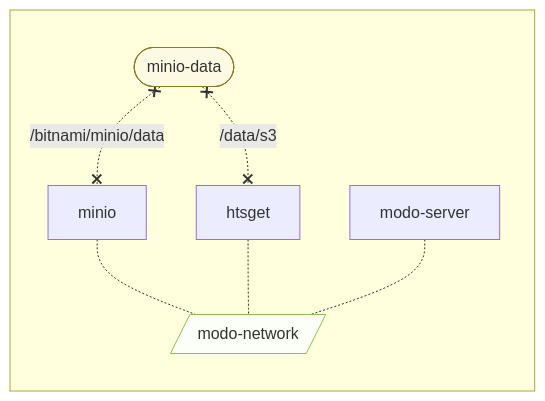
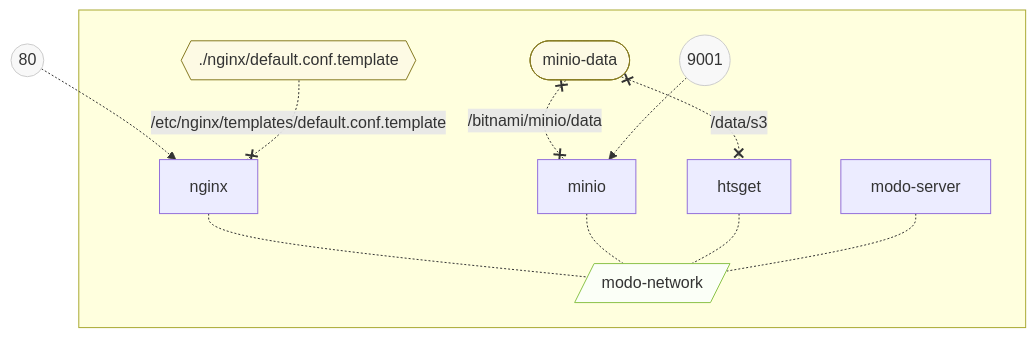
The diagram in deploy/README.md (sdsc-ordes/smoc-api), drawn with Mermaid before and after one commit. The commit also changed other lines of this file, not shown here.

Commit message:
docs(deploy): update readme with nginx setup

````diff
--- a/deploy/README.md
+++ b/deploy/README.md
@@ -21,17 +23,22 @@
 ```mermaid
-
-%%{init: {'theme': 'default'}}%%
-flowchart LR
+flowchart TB
+P0((80)) -.-> nginx
 subgraph " "
+  Vnginxdefaultconftemplate{{./nginx/default.conf.template}} -. "/etc/nginx/templates/default.conf.template" .-x nginx
   Vminiodata([minio-data]) x-. /bitnami/minio/data .-x minio
   Vminiodata x-. /data/s3 .-x htsget
-  minio -.- modonetwork[/modo-network/]
+  P1((9001)) -.-> minio
+  nginx -.- modonetwork[/modo-network/]
+  minio -.- modonetwork
   htsget -.- modonetwork
   modoserver[modo-server] -.- modonetwork
 
   classDef volumes fill:#fdfae4,stroke:#867a22
-  class Vminiodata,Vminiodata volumes
+  class Vnginxdefaultconftemplate,Vminiodata,Vminiodata volumes
+  classDef ports fill:#f8f8f8,stroke:#ccc
+  class P0,P1 ports
   classDef nets fill:#fbfff7,stroke:#8bc34a
   class modonetwork nets
 end
+
 ```
````
